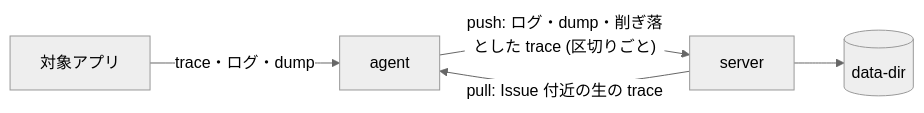
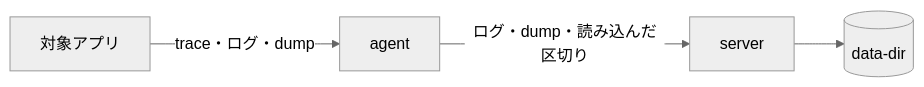
Before and after one commit to kakkky/gorviz: the diagram in docs/data-retention.md, drawn with Mermaid (neutral theme). The commit also changed other lines of this file and 2 other files, not shown here.

Commit message:
docs: describe that the agent only parses and sends, the server keeps the chunks and saves them around issues, and that no raw trace is kept

````diff
--- a/docs/data-retention.md
+++ b/docs/data-retention.md
@@ -16,7 +16,6 @@
 ```mermaid
 flowchart LR
     T[対象アプリ] -->|trace・ログ・dump| A[agent]
-    A -->|"push: ログ・dump・削ぎ落とした trace (区切りごと)"| S[server]
-    S -->|"pull: Issue 付近の生の trace"| A
+    A -->|"ログ・dump・読み込んだ区切り"| S[server]
     S --> D[(data-dir)]
 ```
````
